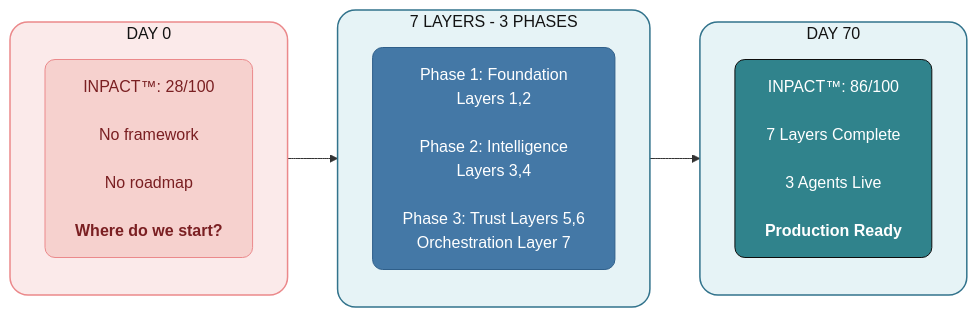
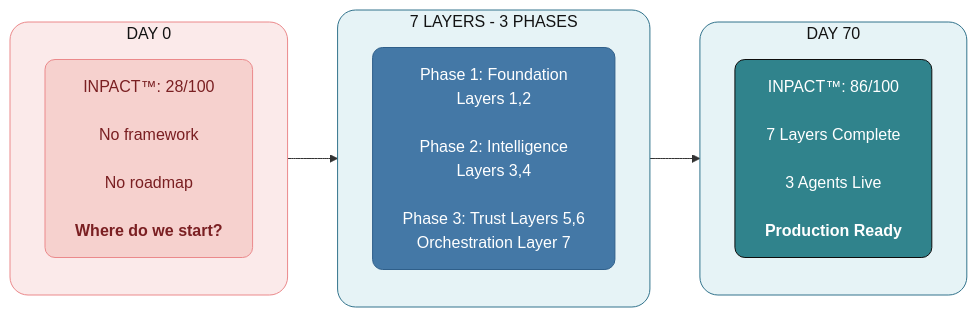
One commit to saitejesh-cyber/trust-before-intelligence-book changed the first of 4 diagrams in manuscript/04_chapter_3_from_bi_to_agent.md. Above: the diagram before and after it, drawn with Mermaid. The commit also changed 1 other file, not shown here.

Commit message:
broder width correction

````diff
--- a/manuscript/04_chapter_3_from_bi_to_agent.md
+++ b/manuscript/04_chapter_3_from_bi_to_agent.md
@@ -6,28 +6,28 @@
 ```mermaid
 
 graph LR
     subgraph BEFORE["DAY 0"]
         direction TB
         B1["INPACT™: 28/100<br/><br/>No framework<br/><br/>No roadmap<br/><br/><b>Where do we start?</b>"]
     end
     
     subgraph PHASES["7 LAYERS - 3 PHASES"]
         direction TB
         P1["Phase 1: Foundation<br/>Layers 1,2<br/><br/>Phase 2: Intelligence<br/>Layers 3,4<br/><br/>Phase 3: Trust Layers 5,6<br/> Orchestration Layer 7"]
     end
     
     subgraph AFTER["DAY 70"]
         direction TB
         A1["INPACT™: 86/100<br/><br/>7 Layers Complete<br/><br/>3 Agents Live<br/><br/><b>Production Ready</b>"]
     end
     
     BEFORE --> PHASES --> AFTER
 
-    style BEFORE fill:#FBEAEA,stroke:#EB898B,stroke-width:1.5px,color:#121212,rx:18,ry:18
-    style PHASES fill:#E6F3F6,stroke:#32738C,stroke-width:1.5px,color:#121212,rx:18,ry:18
-    style AFTER fill:#E6F3F6,stroke:#32738C,stroke-width:1.5px,color:#121212,rx:18,ry:18
+    style BEFORE fill:#FBEAEA,stroke:#EB898B,stroke-width:1px,color:#121212,rx:18,ry:18
+    style PHASES fill:#E6F3F6,stroke:#32738C,stroke-width:1px,color:#121212,rx:18,ry:18
+    style AFTER fill:#E6F3F6,stroke:#32738C,stroke-width:1px,color:#121212,rx:18,ry:18
     style B1 fill:#F6D1CE,stroke:#EB898B,stroke-width:1px,color:#7A1F22,rx:10,ry:10
     style P1 fill:#4478A6,stroke:#2F5F8A,stroke-width:1px,color:#FFFFFF,rx:10,ry:10
     style A1 fill:#30838C,stroke:#0D0D0D,stroke-width:1px,color:#FFFFFF,rx:10,ry:10
 
 ```
````
